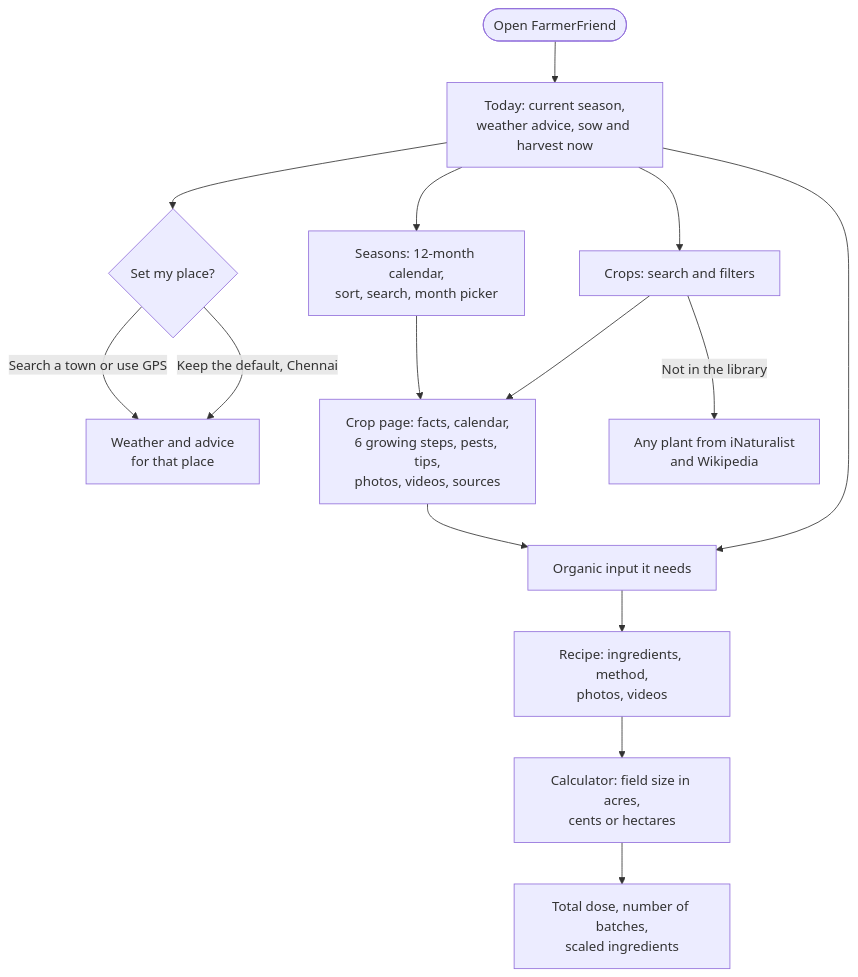
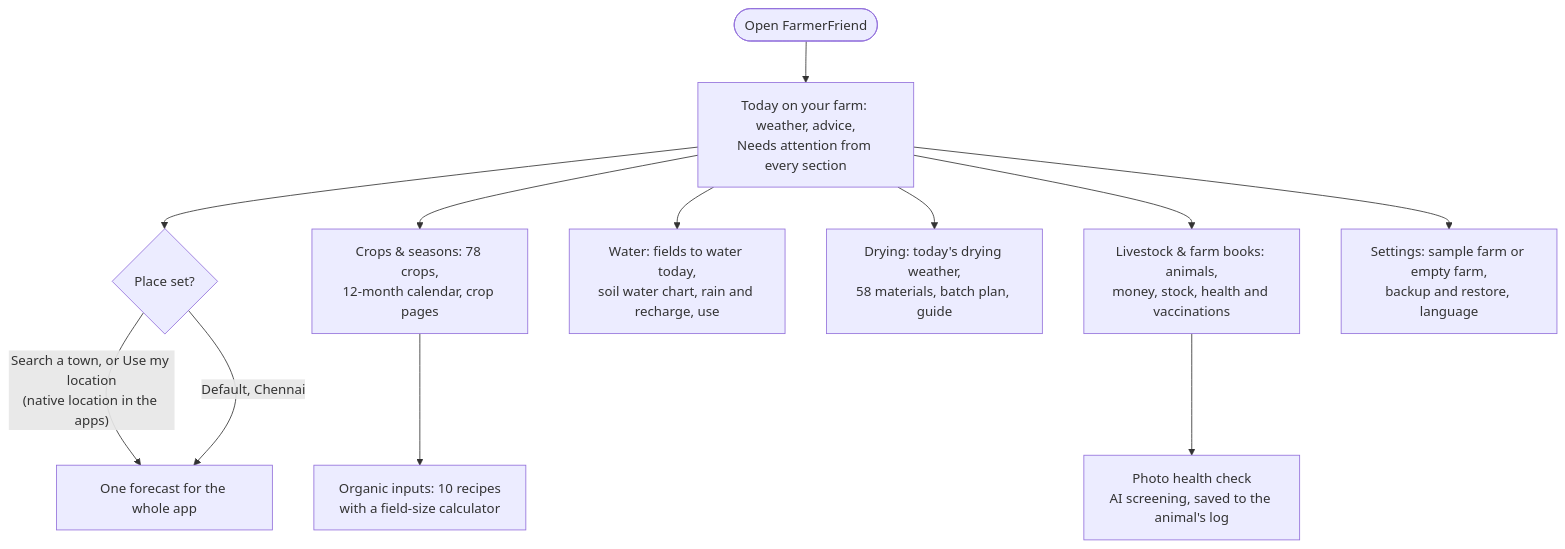
One commit to tgopinath/farmer-friend changed the second of 7 diagrams in ARCHITECTURE.md. Above: the diagram before and after it, drawn with Mermaid. The commit also changed other lines of this file and 5 other files, not shown here.

Commit message:
Combined app: architecture and README for the five sections, fresh portfolio shots

````diff
--- a/ARCHITECTURE.md
+++ b/ARCHITECTURE.md
@@ -57,17 +65,14 @@
 ```mermaid
 flowchart TD
-  S(["Open FarmerFriend"]) --> T["Today: current season,<br>weather advice, sow and harvest now"]
-  T --> P{"Set my place?"}
-  P -->|"Search a town or use GPS"| W["Weather and advice<br>for that place"]
-  P -->|"Keep the default, Chennai"| W
-  T --> Se["Seasons: 12-month calendar,<br>sort, search, month picker"]
-  T --> C["Crops: search and filters"]
-  Se --> D["Crop page: facts, calendar,<br>6 growing steps, pests, tips,<br>photos, videos, sources"]
-  C --> D
-  C -->|"Not in the library"| Any["Any plant from iNaturalist<br>and Wikipedia"]
-  D --> O["Organic input it needs"]
-  T --> O
-  O --> R["Recipe: ingredients, method,<br>photos, videos"]
-  R --> Calc["Calculator: field size in acres,<br>cents or hectares"]
-  Calc --> Out["Total dose, number of batches,<br>scaled ingredients"]
+  S(["Open FarmerFriend"]) --> T["Today on your farm: weather, advice,<br>Needs attention from every section"]
+  T --> P{"Place set?"}
+  P -->|"Search a town, or Use my location<br>(native location in the apps)"| W["One forecast for the whole app"]
+  P -->|"Default, Chennai"| W
+  T --> C["Crops & seasons: 78 crops,<br>12-month calendar, crop pages"]
+  C --> O["Organic inputs: 10 recipes<br>with a field-size calculator"]
+  T --> Wa["Water: fields to water today,<br>soil water chart, rain and recharge, use"]
+  T --> Dr["Drying: today's drying weather,<br>58 materials, batch plan, guide"]
+  T --> F["Livestock & farm books: animals,<br>money, stock, health and vaccinations"]
+  F --> HCk["Photo health check<br>AI screening, saved to the animal's log"]
+  T --> Set["Settings: sample farm or empty farm,<br>backup and restore, language"]
 ```
````
